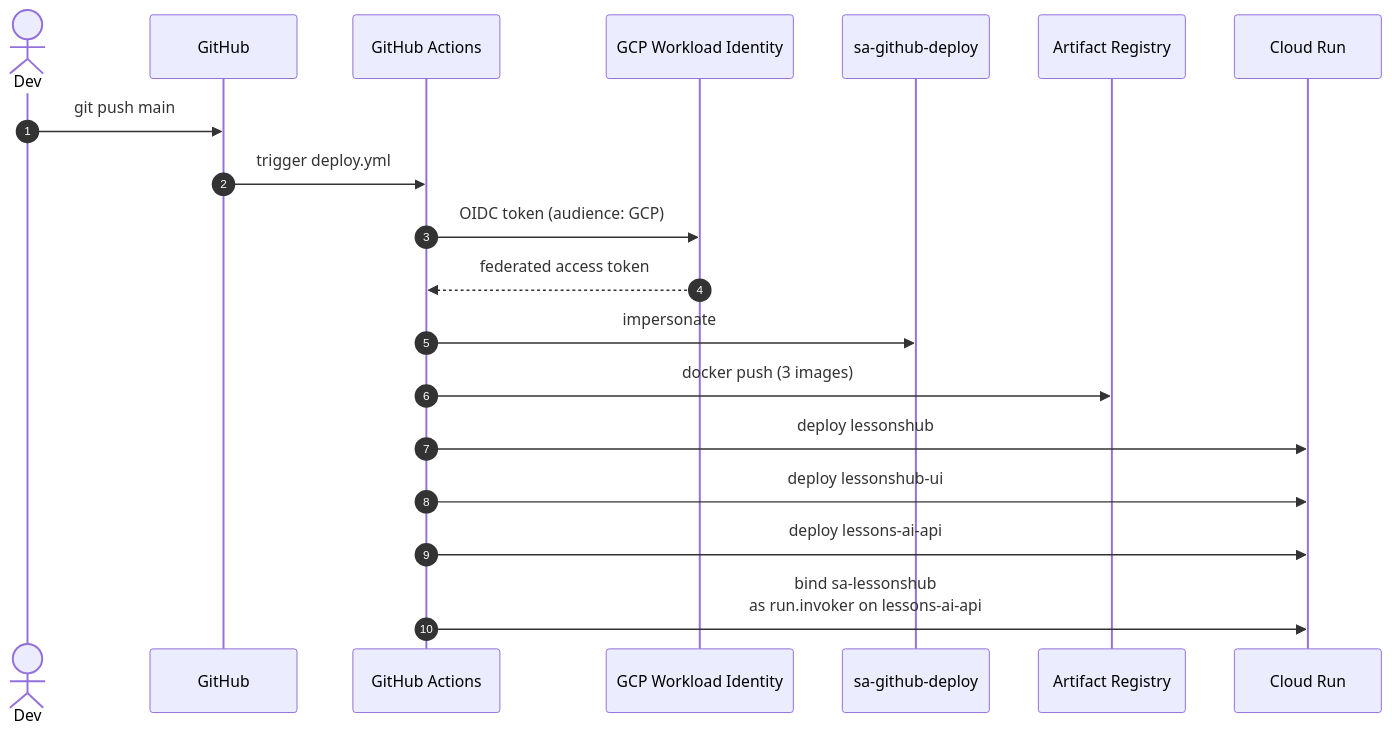
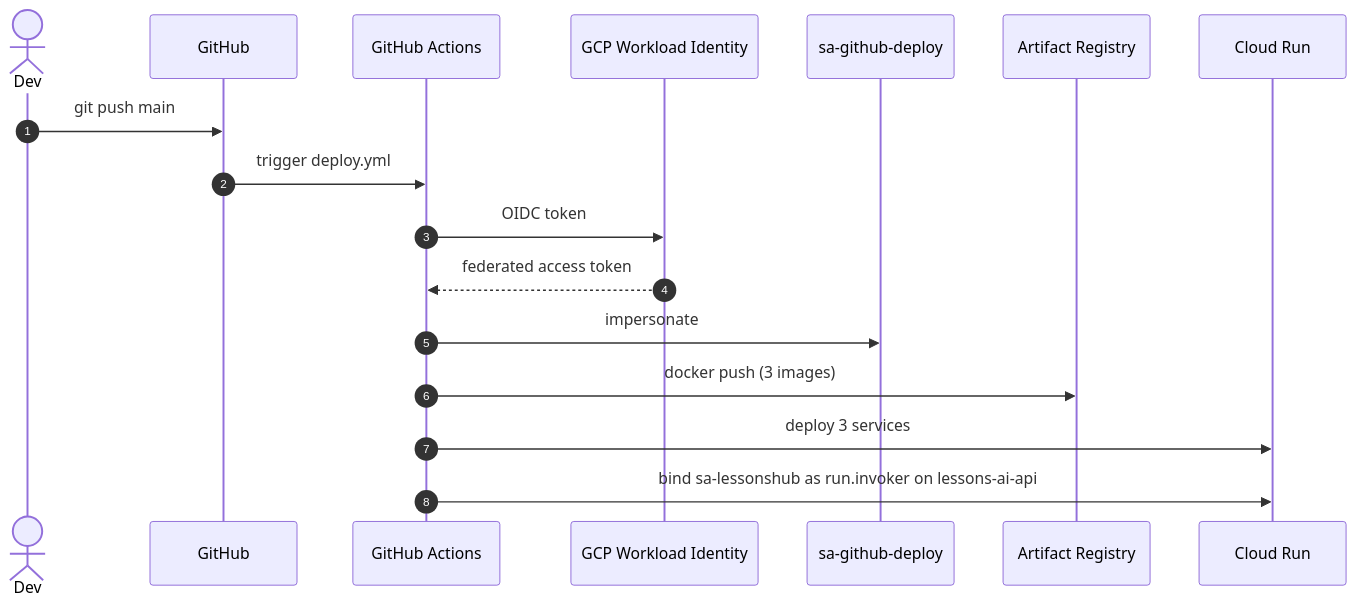
The second of 2 diagrams in diagrams/01-cloud-architecture.md (Dockdep/LessonHub), drawn with Mermaid before and after one commit. The commit also changed other lines of this file and 36 other files, not shown here.

````diff
--- a/diagrams/01-cloud-architecture.md
+++ b/diagrams/01-cloud-architecture.md
@@ -149,22 +79,20 @@
 ```mermaid
 sequenceDiagram
   autonumber
   actor Dev
   participant GH as GitHub
   participant Actions as GitHub Actions
   participant WIF as GCP Workload Identity
   participant SA as sa-github-deploy
   participant AR as Artifact Registry
   participant CR as Cloud Run
 
   Dev->>GH: git push main
   GH->>Actions: trigger deploy.yml
-  Actions->>WIF: OIDC token (audience: GCP)
+  Actions->>WIF: OIDC token
   WIF-->>Actions: federated access token
   Actions->>SA: impersonate
   Actions->>AR: docker push (3 images)
-  Actions->>CR: deploy lessonshub
-  Actions->>CR: deploy lessonshub-ui
-  Actions->>CR: deploy lessons-ai-api
-  Actions->>CR: bind sa-lessonshub<br/>as run.invoker on lessons-ai-api
+  Actions->>CR: deploy 3 services
+  Actions->>CR: bind sa-lessonshub as run.invoker on lessons-ai-api
 ```
````
